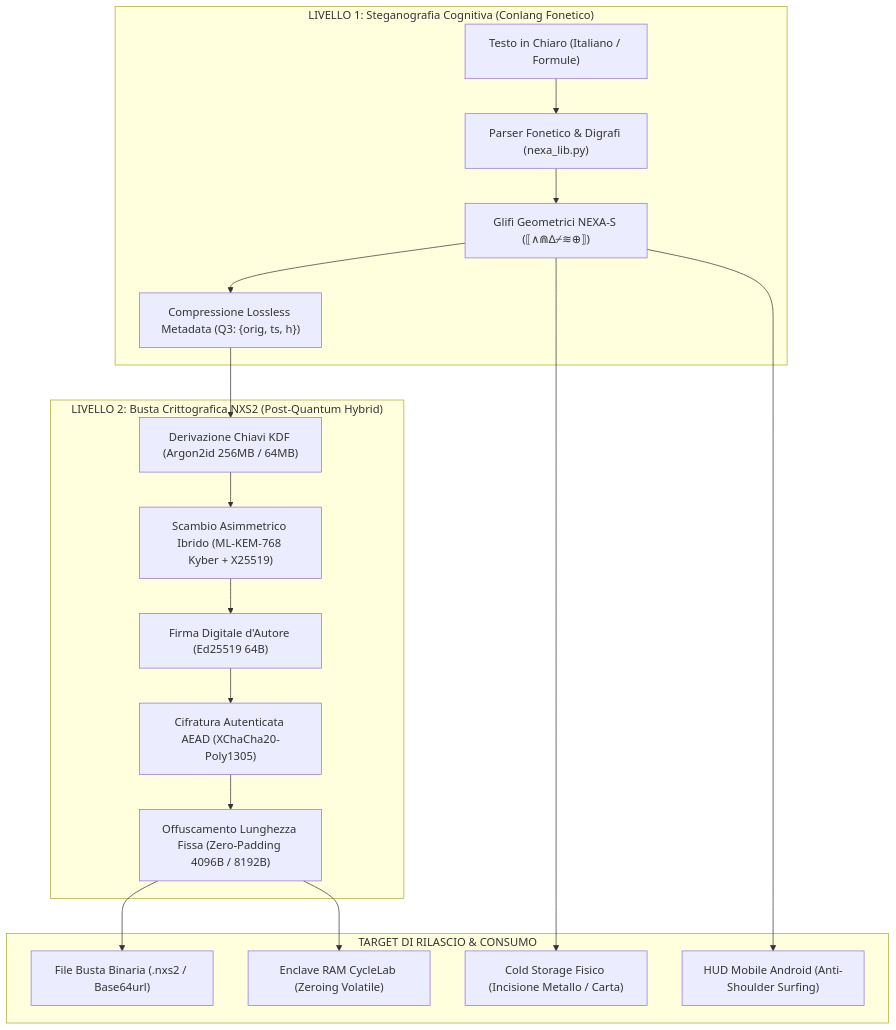
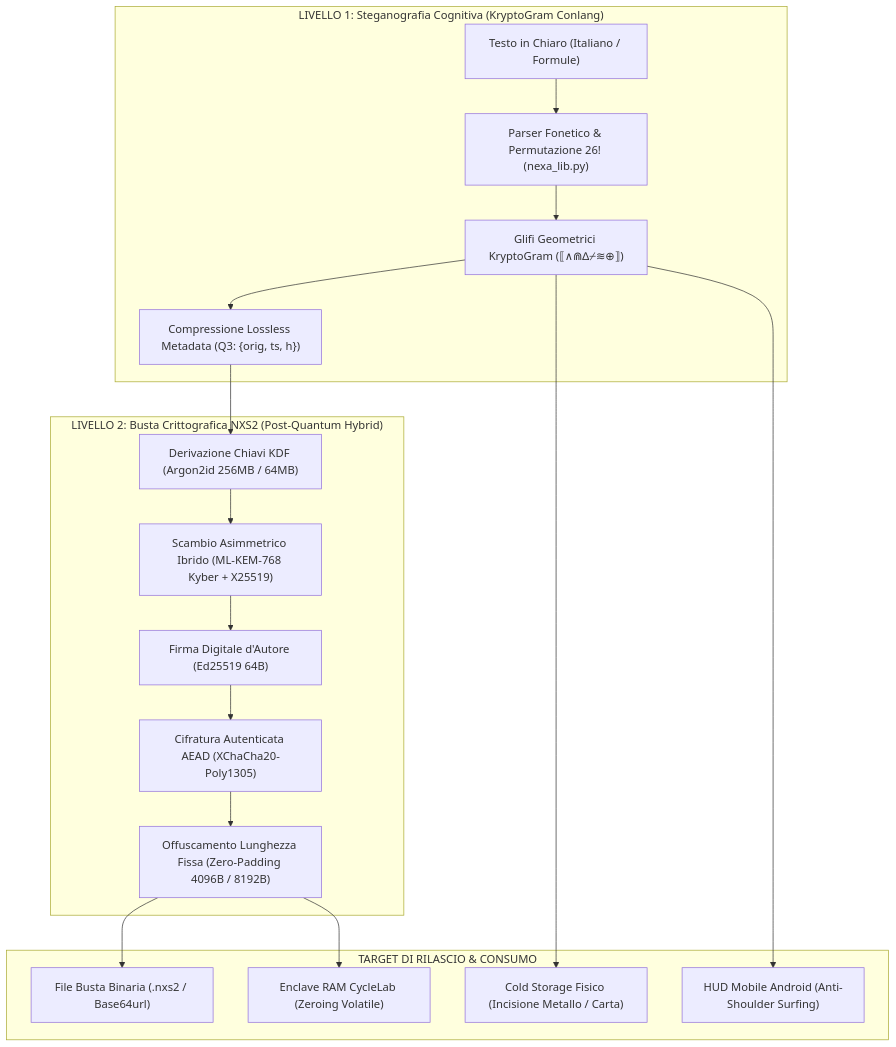
The first of 5 diagrams in README.md (andreafinazziinfo/KryptoGram), drawn with Mermaid before and after one commit. The commit also changed other lines of this file and 7 other files, not shown here.

Commit message:
feat: complete KryptoGram v2.0 rebrand, dynamic 26! alphabet and CycleLab 9P pillars

````diff
--- a/README.md
+++ b/README.md
@@ -41,23 +44,23 @@
 ```mermaid
 flowchart TD
-    subgraph L1["LIVELLO 1: Steganografia Cognitiva (Conlang Fonetico)"]
-        A["Testo in Chiaro (Italiano / Formule)"] --> B["Parser Fonetico & Digrafi (nexa_lib.py)"]
-        B --> C["Glifi Geometrici NEXA-S (⟦∧⋒∆⌿≋⊕⟧)"]
+    subgraph L1["LIVELLO 1: Steganografia Cognitiva (KryptoGram Conlang)"]
+        A["Testo in Chiaro (Italiano / Formule)"] --> B["Parser Fonetico & Permutazione 26! (nexa_lib.py)"]
+        B --> C["Glifi Geometrici KryptoGram (⟦∧⋒∆⌿≋⊕⟧)"]
         C --> D["Compressione Lossless Metadata (Q3: {orig, ts, h})"]
     end
 
     subgraph L2["LIVELLO 2: Busta Crittografica NXS2 (Post-Quantum Hybrid)"]
         D --> E["Derivazione Chiavi KDF (Argon2id 256MB / 64MB)"]
         E --> F["Scambio Asimmetrico Ibrido (ML-KEM-768 Kyber + X25519)"]
         F --> G["Firma Digitale d'Autore (Ed25519 64B)"]
         G --> H["Cifratura Autenticata AEAD (XChaCha20-Poly1305)"]
         H --> I["Offuscamento Lunghezza Fissa (Zero-Padding 4096B / 8192B)"]
     end
 
     subgraph OUT["TARGET DI RILASCIO & CONSUMO"]
         I --> J["File Busta Binaria (.nxs2 / Base64url)"]
         I --> K["Enclave RAM CycleLab (Zeroing Volatile)"]
         C --> L["Cold Storage Fisico (Incisione Metallo / Carta)"]
         C --> M["HUD Mobile Android (Anti-Shoulder Surfing)"]
     end
 ```
````
